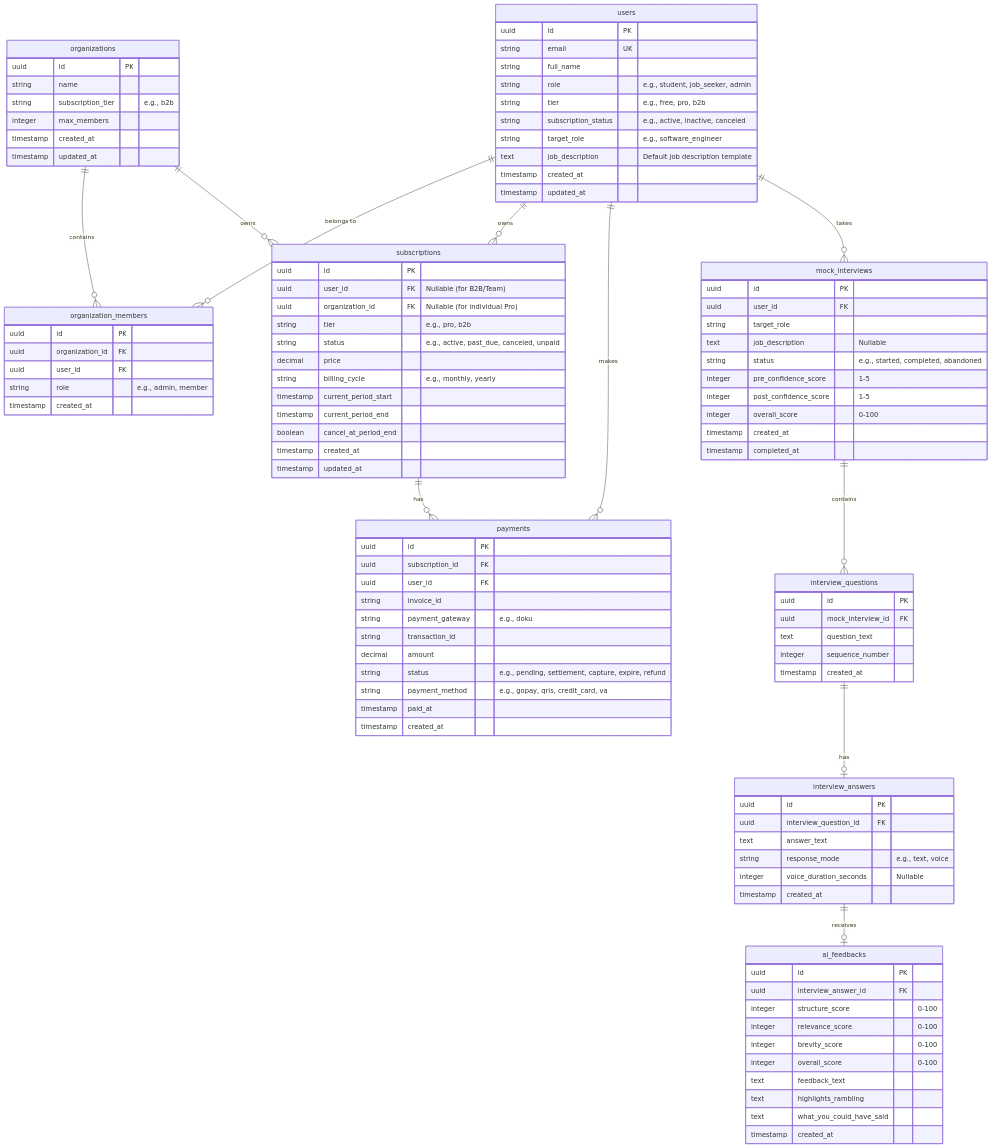
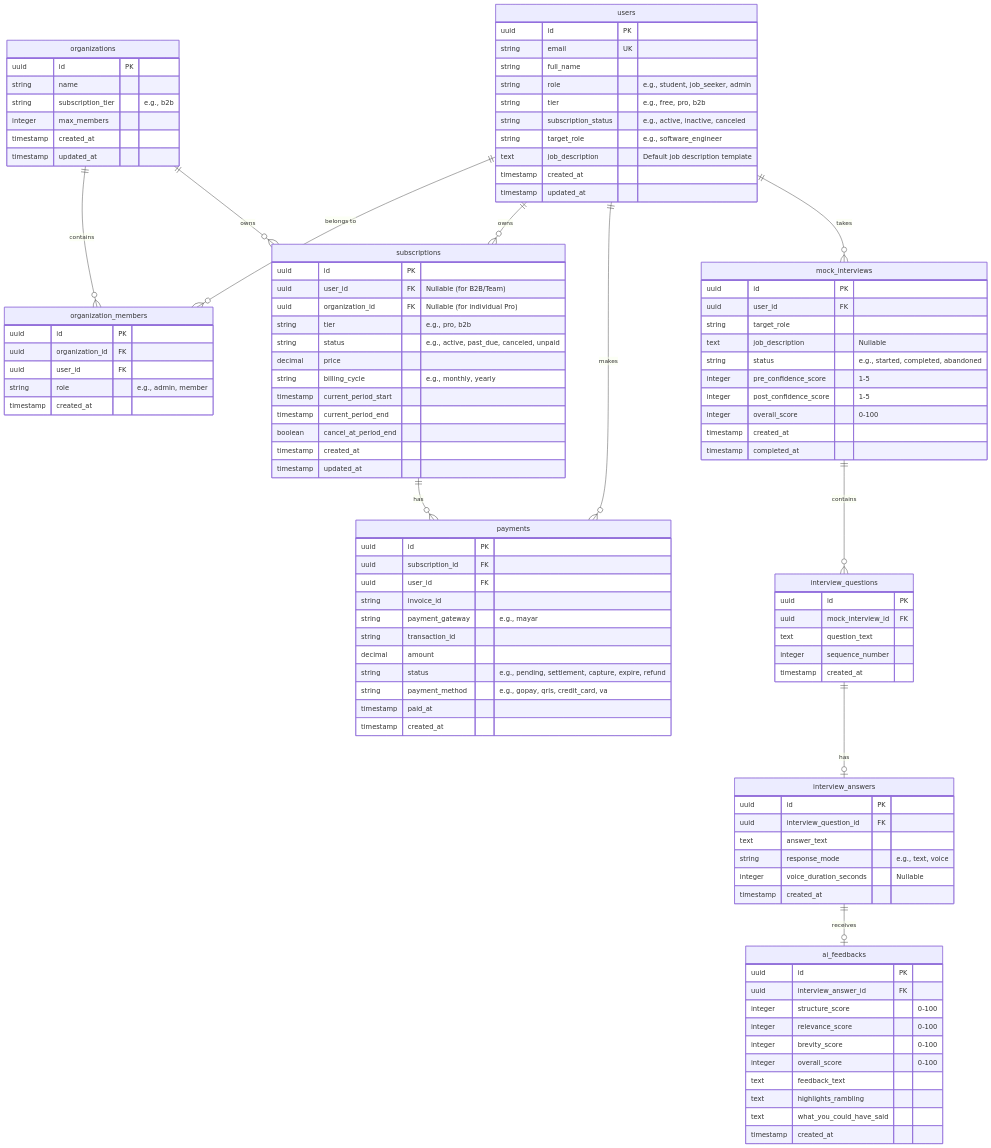
One commit to vickyvaf/interview-masters changed the second of 7 diagrams in README.md. Above: the diagram before and after it, drawn with Mermaid. The commit also changed other lines of this file and 4 other files, not shown here.

Commit message:
feat: migrate payment gateway from DOKU to Mayar for subscription billing and checkout workflows

```diff
--- a/README.md
+++ b/README.md
@@ -197,7 +197,7 @@
         uuid subscription_id FK
         uuid user_id FK
         string invoice_id
-        string payment_gateway "e.g., doku"
+        string payment_gateway "e.g., mayar"
         string transaction_id
         decimal amount
         string status "e.g., pending, settlement, capture, expire, refund"
```
